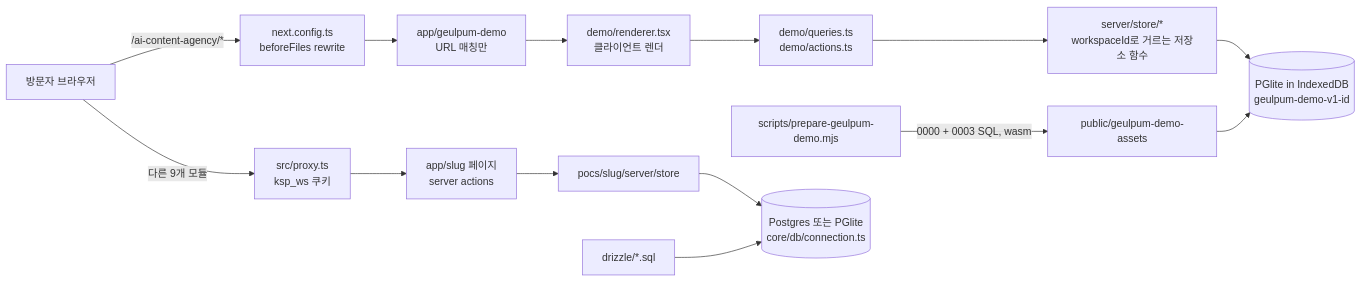
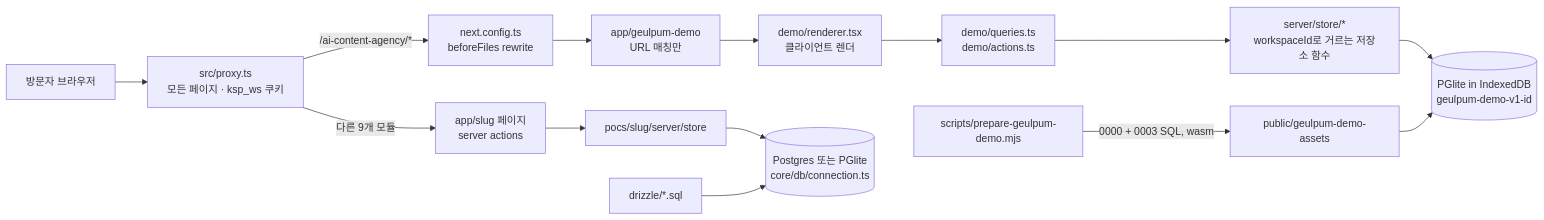
Before and after one commit to cskwork/korea-saas-poc: the diagram in README.md, drawn with Mermaid.

Commit message:
docs: route every page through the proxy in the architecture diagram (글품 included)

````diff
--- a/README.md
+++ b/README.md
@@ -21,17 +21,17 @@
 ```mermaid
 flowchart LR
-    V[방문자 브라우저] -->|/ai-content-agency/*| RW[next.config.ts<br/>beforeFiles rewrite]
+    V[방문자 브라우저] --> PX[src/proxy.ts<br/>모든 페이지 · ksp_ws 쿠키]
+    PX -->|/ai-content-agency/*| RW[next.config.ts<br/>beforeFiles rewrite]
     RW --> GP[app/geulpum-demo<br/>URL 매칭만]
     GP --> RD[demo/renderer.tsx<br/>클라이언트 렌더]
     RD --> QA[demo/queries.ts<br/>demo/actions.ts]
     QA --> ST[server/store/*<br/>workspaceId로 거르는 저장소 함수]
     ST --> BDB[(PGlite in IndexedDB<br/>geulpum-demo-v1-id)]
     SC[scripts/prepare-geulpum-demo.mjs] -->|0000 + 0003 SQL, wasm| AS[public/geulpum-demo-assets]
     AS --> BDB
 
-    V -->|다른 9개 모듈| PX[src/proxy.ts<br/>ksp_ws 쿠키]
-    PX --> SA[app/slug 페이지<br/>server actions]
+    PX -->|다른 9개 모듈| SA[app/slug 페이지<br/>server actions]
     SA --> ST2[pocs/slug/server/store]
     ST2 --> DB[(Postgres 또는 PGlite<br/>core/db/connection.ts)]
     MG[drizzle/*.sql] --> DB
 ```
````
